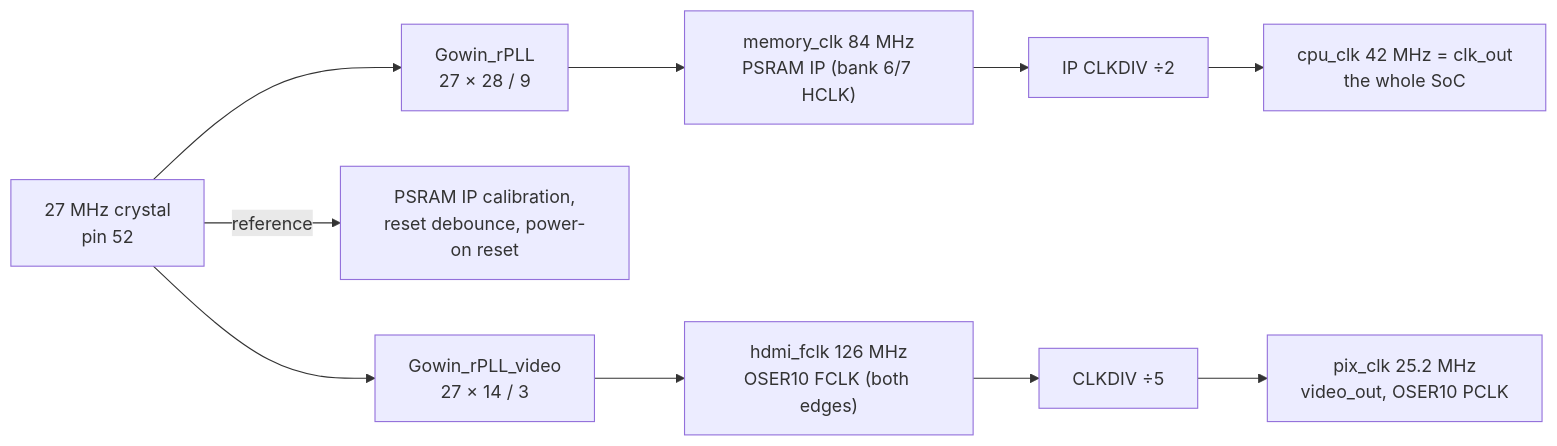
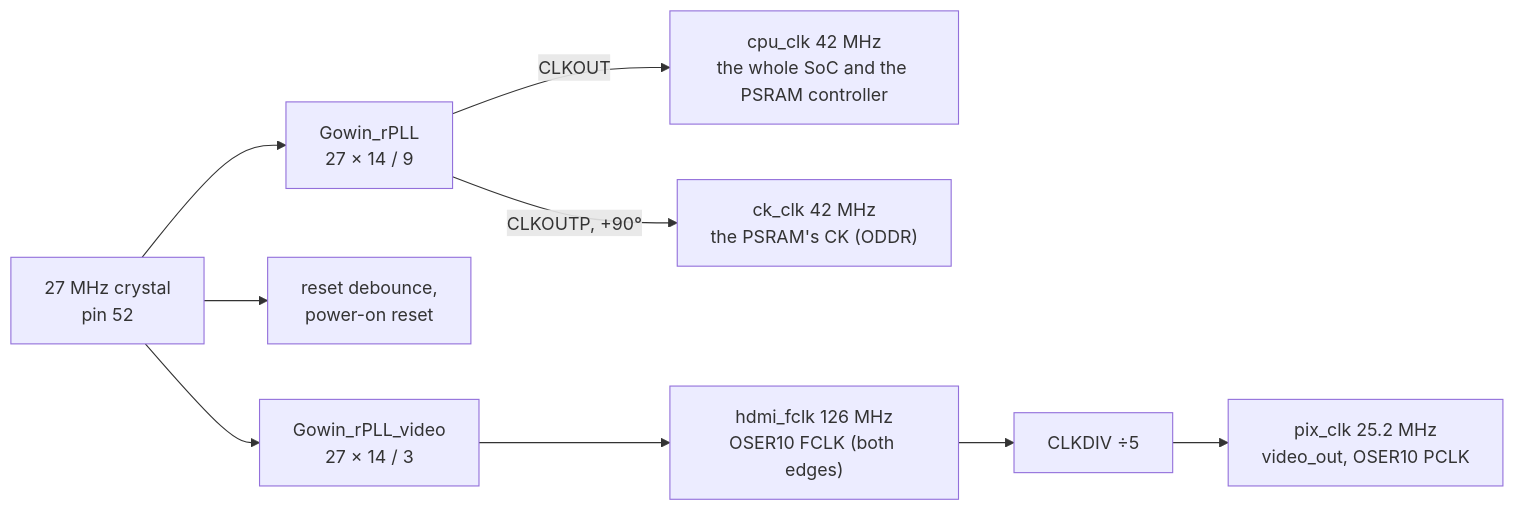
Before and after one commit to phoenix367/tang_nano_9K_linux: the third of 5 diagrams in doc/01-architecture.md, drawn with Mermaid. The commit also changed other lines of this file and 37 other files, not shown here.

````diff
--- a/doc/01-architecture.md
+++ b/doc/01-architecture.md
@@ -296,13 +311,12 @@
 ```mermaid
 flowchart LR
   XO["27 MHz crystal<br/>pin 52"]
-  XO --> PLL["Gowin_rPLL<br/>27 × 28 / 9"]
-  PLL --> MEM["memory_clk 84 MHz<br/>PSRAM IP (bank 6/7 HCLK)"]
-  MEM --> DIV["IP CLKDIV ÷2"]
-  DIV --> CPU["cpu_clk 42 MHz = clk_out<br/>the whole SoC"]
-  XO -->|"reference"| IPR["PSRAM IP calibration,<br/>reset debounce, power-on reset"]
+  XO --> PLL["Gowin_rPLL<br/>27 × 14 / 9"]
+  PLL -->|"CLKOUT"| CPU["cpu_clk 42 MHz<br/>the whole SoC and the PSRAM controller"]
+  PLL -->|"CLKOUTP, +90°"| CK["ck_clk 42 MHz<br/>the PSRAM's CK (ODDR)"]
+  XO --> RSTG["reset debounce,<br/>power-on reset"]
   XO --> VPLL["Gowin_rPLL_video<br/>27 × 14 / 3"]
   VPLL --> F["hdmi_fclk 126 MHz<br/>OSER10 FCLK (both edges)"]
   F --> HD["CLKDIV ÷5"]
   HD --> PIX["pix_clk 25.2 MHz<br/>video_out, OSER10 PCLK"]
 ```
````
